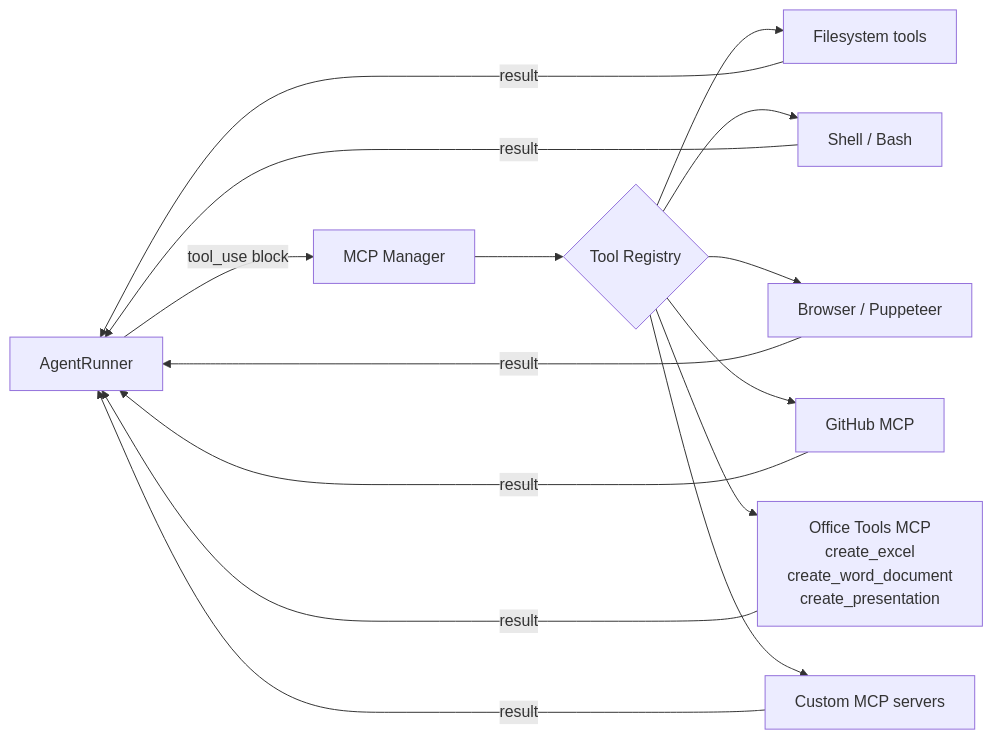
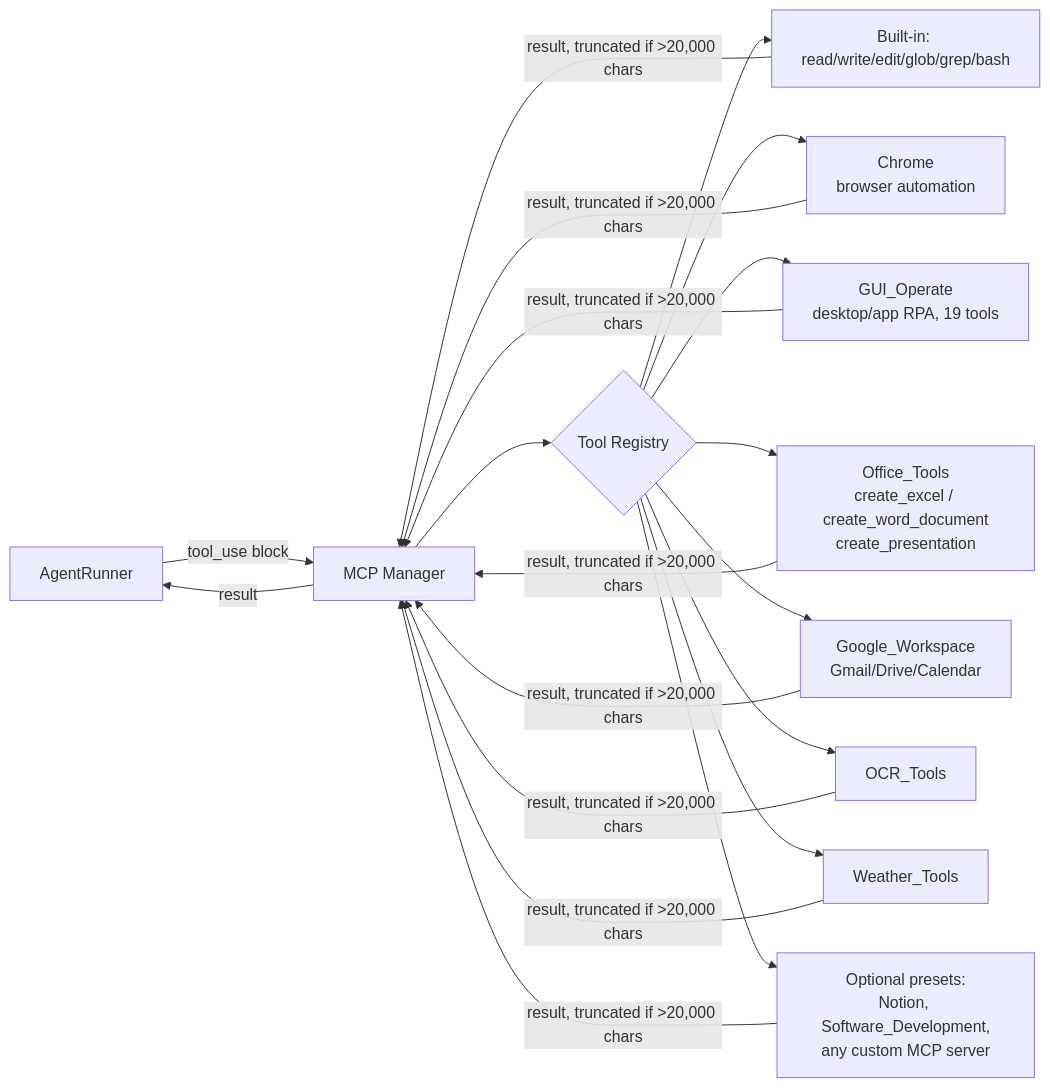
Before and after one commit to dineshsrivastava07-cell/dsr-CoworkAI: the fourth of 10 diagrams in Architecture.md, drawn with Mermaid. The commit also changed other lines of this file and 3 other files, not shown here.

````diff
--- a/Architecture.md
+++ b/Architecture.md
@@ -129,12 +154,15 @@
 ```mermaid
 flowchart LR
     AR[AgentRunner] -->|tool_use block| MCPMgr[MCP Manager]
     MCPMgr --> Reg{Tool Registry}
-    Reg --> FS[Filesystem tools]
-    Reg --> SH[Shell / Bash]
-    Reg --> BR[Browser / Puppeteer]
-    Reg --> GH[GitHub MCP]
-    Reg --> OT[Office Tools MCP\ncreate_excel\ncreate_word_document\ncreate_presentation]
-    Reg --> CUS[Custom MCP servers]
-    FS & SH & BR & GH & OT & CUS -->|result| AR
+    Reg --> FS[Built-in: read/write/edit/glob/grep/bash]
+    Reg --> BR[Chrome\nbrowser automation]
+    Reg --> RPA[GUI_Operate\ndesktop/app RPA, 19 tools]
+    Reg --> OT[Office_Tools\ncreate_excel / create_word_document\ncreate_presentation]
+    Reg --> GW[Google_Workspace\nGmail/Drive/Calendar]
+    Reg --> OCR[OCR_Tools]
+    Reg --> WX[Weather_Tools]
+    Reg --> CUS[Optional presets:\nNotion, Software_Development,\nany custom MCP server]
+    FS & BR & RPA & OT & GW & OCR & WX & CUS -->|result, truncated if >20,000 chars| MCPMgr
+    MCPMgr -->|result| AR
 ```
````
